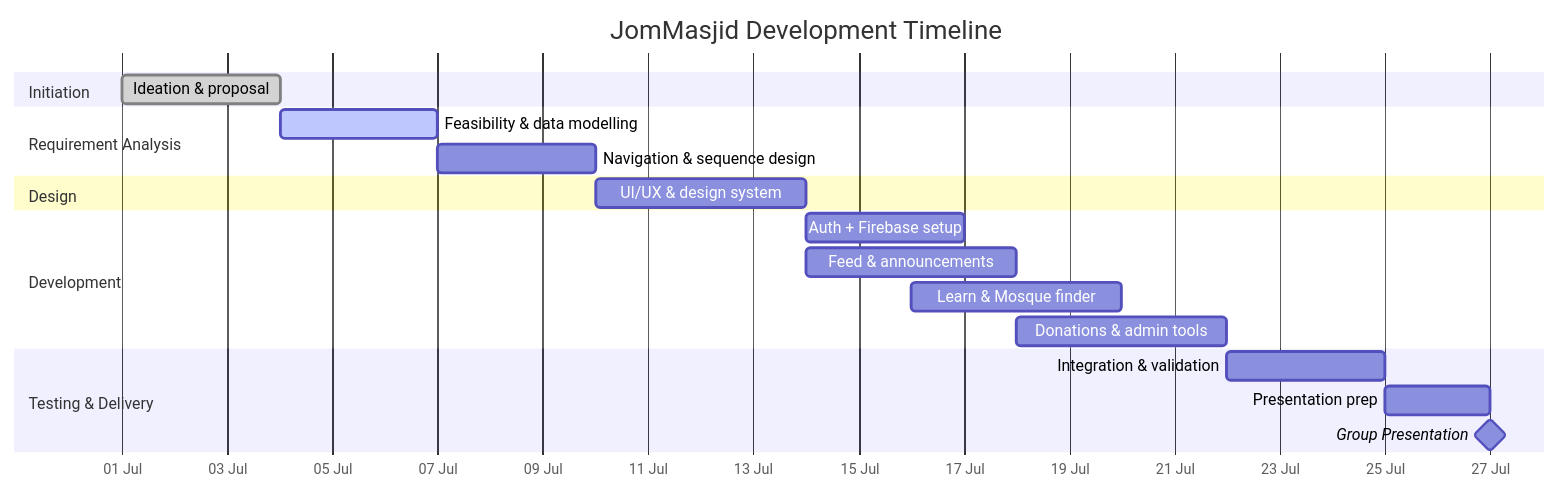
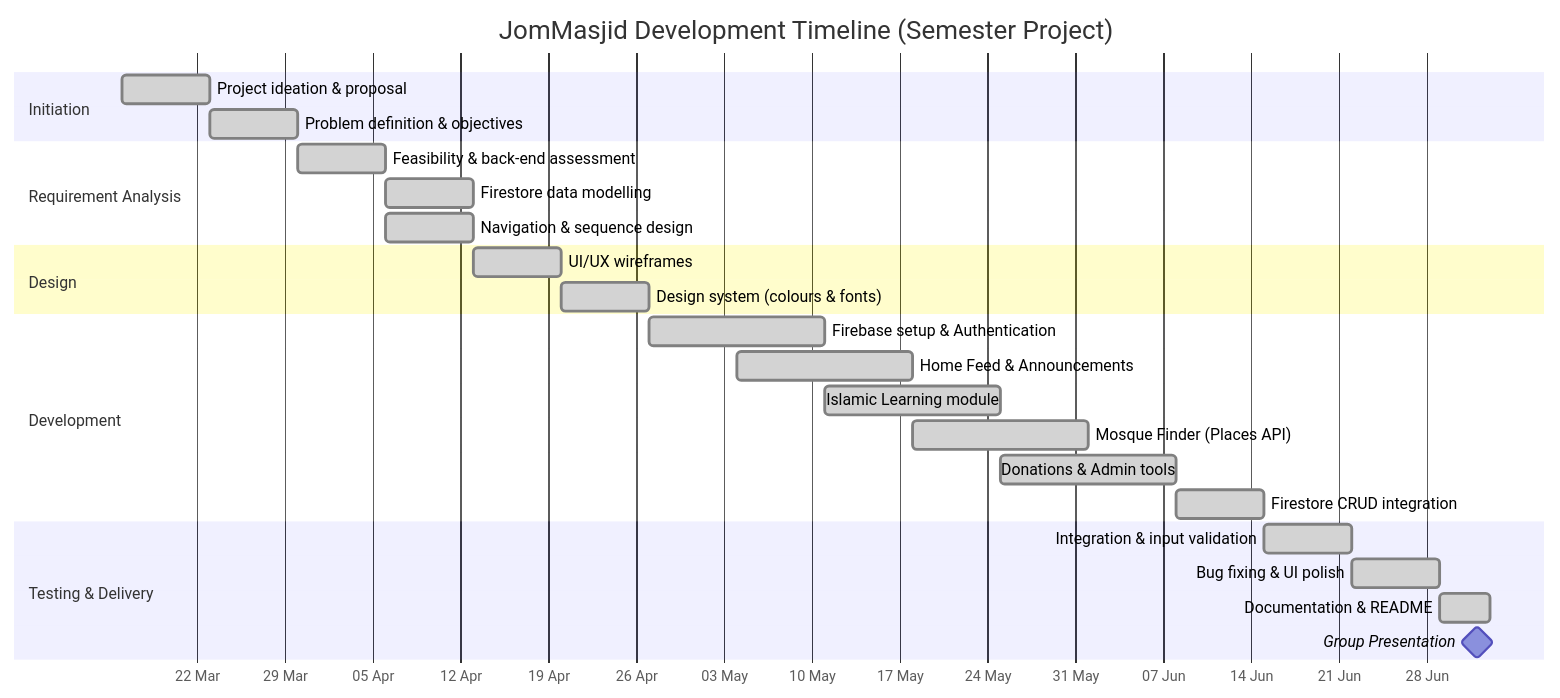
Before and after one commit to AilHakim/JomMasjid: the fourth of 4 diagrams in README.md, drawn with Mermaid.

````diff
--- a/README.md
+++ b/README.md
@@ -183,23 +183,33 @@
 ```mermaid
 gantt
-    title JomMasjid Development Timeline
+    title JomMasjid Development Timeline (Semester Project)
     dateFormat  YYYY-MM-DD
     axisFormat  %d %b
 
     section Initiation
-    Ideation & proposal            :done,   a1, 2026-07-01, 3d
+    Project ideation & proposal          :done, a1, 2026-03-16, 1w
+    Problem definition & objectives       :done, a2, 2026-03-23, 1w
+
     section Requirement Analysis
-    Feasibility & data modelling   :active, a2, 2026-07-04, 3d
-    Navigation & sequence design   :        a3, 2026-07-07, 3d
+    Feasibility & back-end assessment     :done, b1, 2026-03-30, 1w
+    Firestore data modelling              :done, b2, 2026-04-06, 1w
+    Navigation & sequence design          :done, b3, 2026-04-06, 1w
+
     section Design
-    UI/UX & design system          :        a4, 2026-07-10, 4d
+    UI/UX wireframes                      :done, c1, 2026-04-13, 1w
+    Design system (colours & fonts)       :done, c2, 2026-04-20, 1w
+
     section Development
-    Auth + Firebase setup          :        a5, 2026-07-14, 3d
-    Feed & announcements           :        a6, 2026-07-14, 4d
-    Learn & Mosque finder          :        a7, 2026-07-16, 4d
-    Donations & admin tools        :        a8, 2026-07-18, 4d
+    Firebase setup & Authentication       :done, d1, 2026-04-27, 2w
+    Home Feed & Announcements             :done, d2, 2026-05-04, 2w
+    Islamic Learning module               :done, d3, 2026-05-11, 2w
+    Mosque Finder (Places API)            :done, d4, 2026-05-18, 2w
+    Donations & Admin tools               :done, d5, 2026-05-25, 2w
+    Firestore CRUD integration            :done, d6, 2026-06-08, 1w
+
     section Testing & Delivery
-    Integration & validation       :        a9, 2026-07-22, 3d
-    Presentation prep              :        a10, 2026-07-25, 2d
-    Group Presentation             :milestone, m1, 2026-07-27, 0d
+    Integration & input validation        :done, e1, 2026-06-15, 1w
+    Bug fixing & UI polish                 :done, e2, 2026-06-22, 1w
+    Documentation & README                 :done, e3, 2026-06-29, 4d
+    Group Presentation                     :milestone, m1, 2026-07-02, 0d
 ```
````
